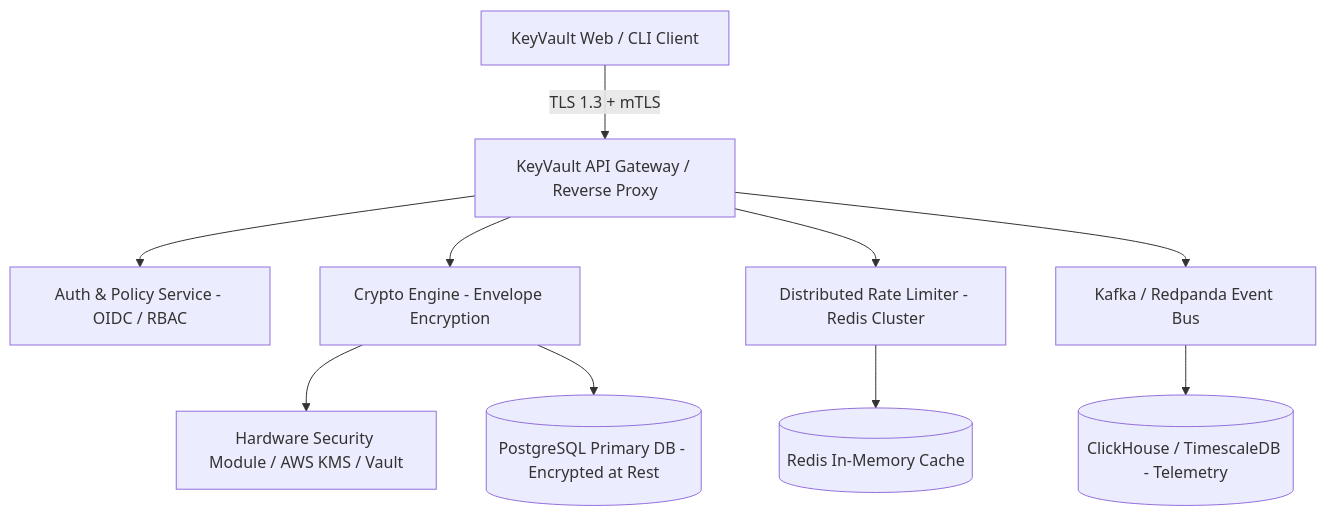
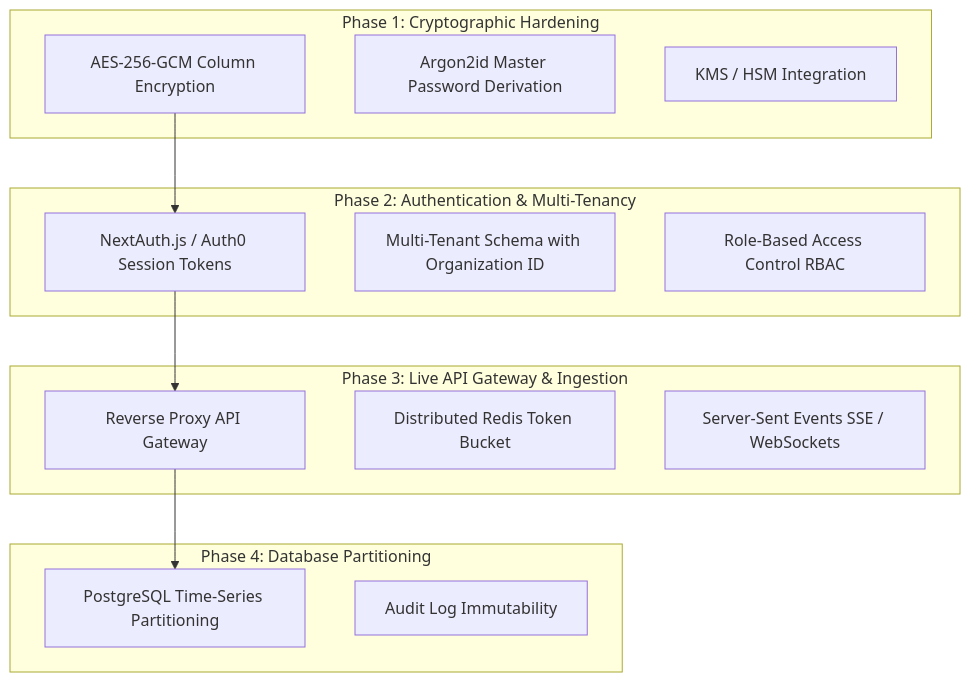
One commit to VenkataTejeshReddy/KEY_VAULT changed the fifth of 5 diagrams in ARCHITECTURE.md. Above: the diagram before and after it, drawn with Mermaid. The commit also changed other lines of this file and 20 other files, not shown here.

````diff
--- a/ARCHITECTURE.md
+++ b/ARCHITECTURE.md
@@ -286,14 +371,29 @@
 ```mermaid
 graph TD
-    Client[KeyVault Web / CLI Client] -->|TLS 1.3 + mTLS| Gateway[KeyVault API Gateway / Reverse Proxy]
-    Gateway --> AuthSvc[Auth & Policy Service - OIDC / RBAC]
-    Gateway --> CryptoSvc[Crypto Engine - Envelope Encryption]
-    Gateway --> RateLimiter[Distributed Rate Limiter - Redis Cluster]
-    
-    CryptoSvc --> KMS[Hardware Security Module / AWS KMS / Vault]
-    RateLimiter --> Redis[(Redis In-Memory Cache)]
-    Gateway --> TelemetryPipe[Kafka / Redpanda Event Bus]
-    
-    CryptoSvc --> AppDB[(PostgreSQL Primary DB - Encrypted at Rest)]
-    TelemetryPipe --> OLAP[(ClickHouse / TimescaleDB - Telemetry)]
+    subgraph Phase 1: Cryptographic Hardening
+        P1_1[AES-256-GCM Column Encryption]
+        P1_2[Argon2id Master Password Derivation]
+        P1_3[KMS / HSM Integration]
+    end
+
+    subgraph Phase 2: Authentication & Multi-Tenancy
+        P2_1[NextAuth.js / Auth0 Session Tokens]
+        P2_2[Multi-Tenant Schema with Organization ID]
+        P2_3[Role-Based Access Control RBAC]
+    end
+
+    subgraph Phase 3: Live API Gateway & Ingestion
+        P3_1[Reverse Proxy API Gateway]
+        P3_2[Distributed Redis Token Bucket]
+        P3_3[Server-Sent Events SSE / WebSockets]
+    end
+
+    subgraph Phase 4: Database Partitioning
+        P4_1[PostgreSQL Time-Series Partitioning]
+        P4_2[Audit Log Immutability]
+    end
+
+    P1_1 --> P2_1
+    P2_1 --> P3_1
+    P3_1 --> P4_1
 ```
````
